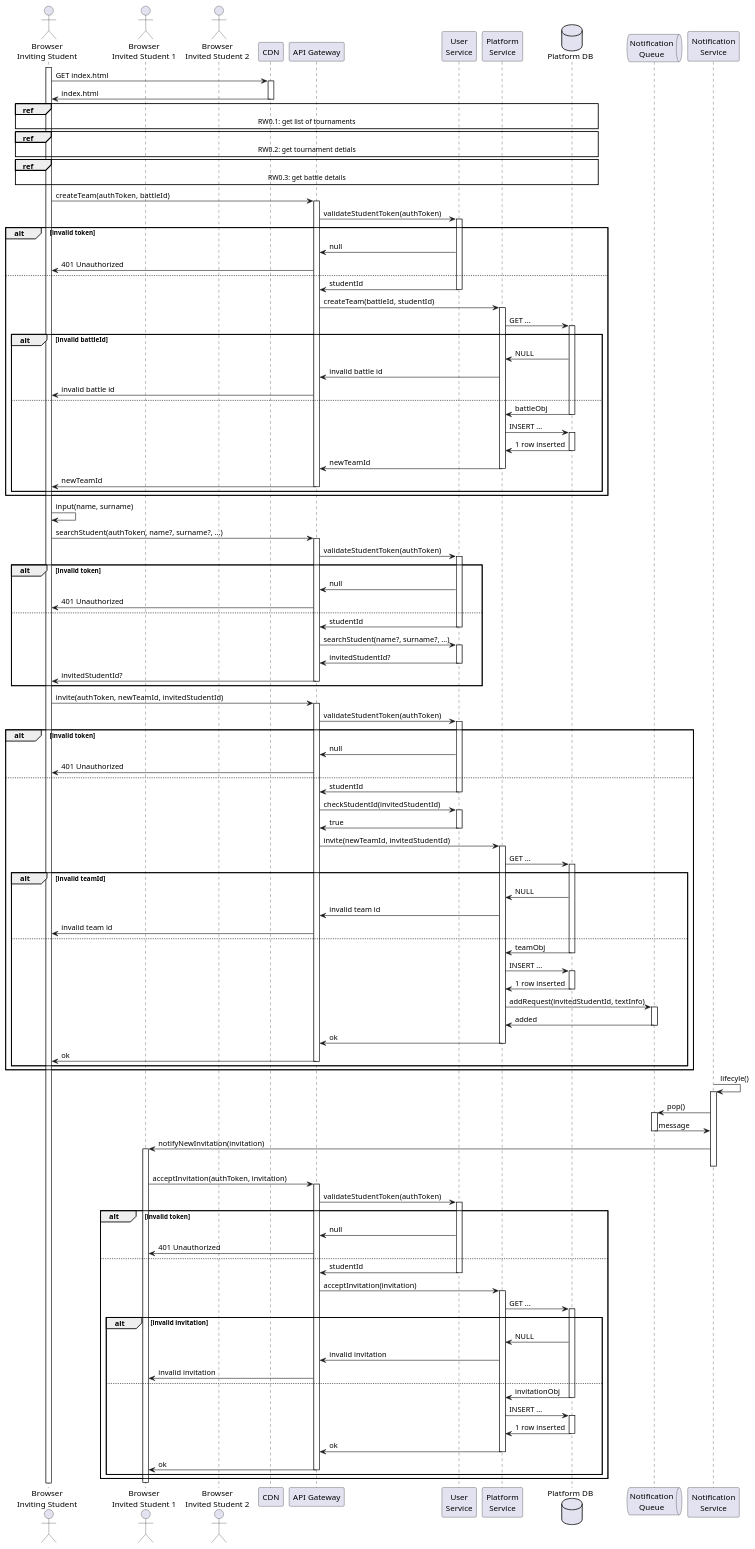
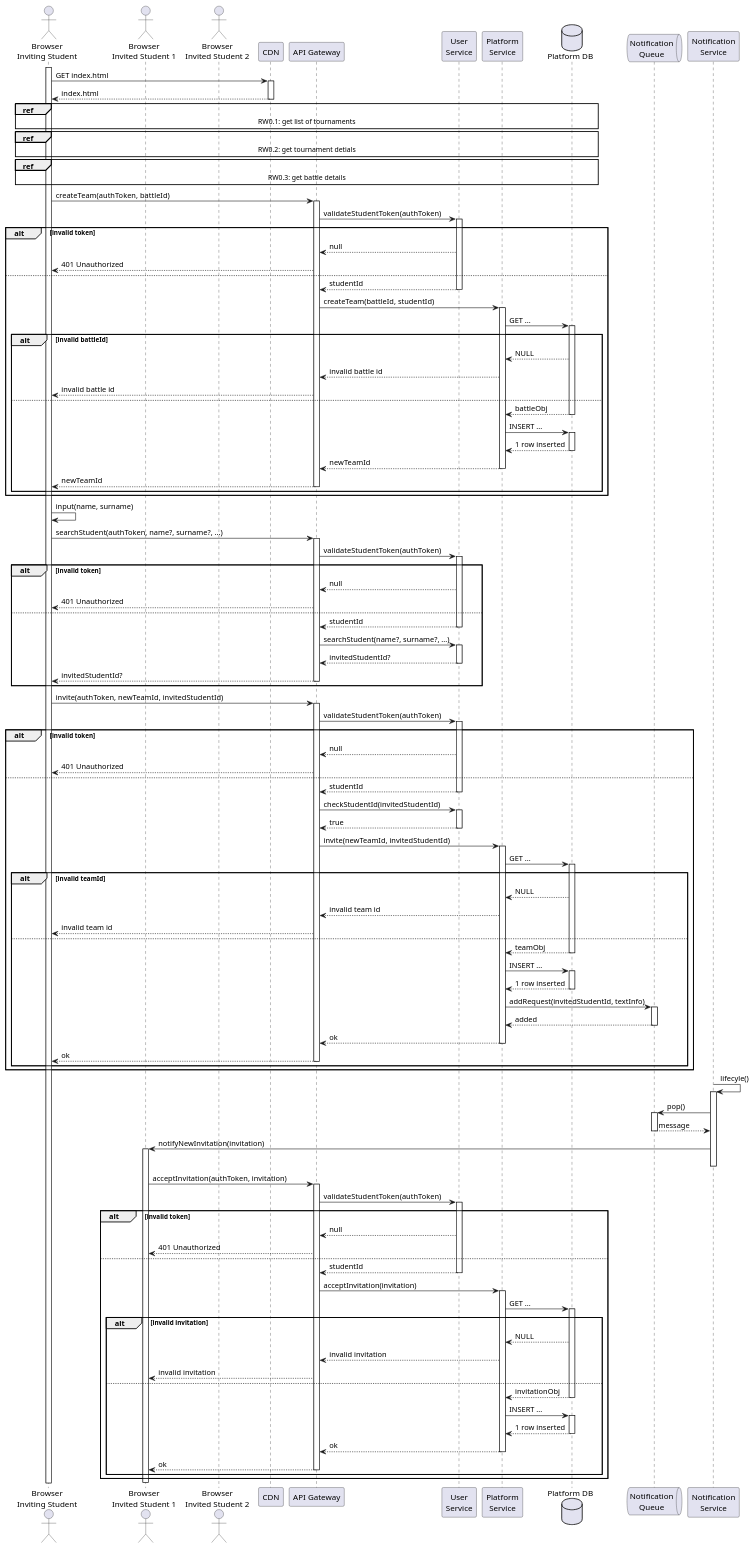
The diagram in dd/puml/rw5-part1.puml (Furrrlo/CodeKataBattle), drawn with PlantUML before and after one commit. The commit also changed 13 other files, not shown here.

Commit message:
Fix response dotted lines in RW seq diagrams

```diff
--- a/dd/puml/rw5-part1.puml
+++ b/dd/puml/rw5-part1.puml
@@ -1,121 +1,121 @@
 @startuml RW4 - Students create a team for a tournament battle
 
 actor "Browser\nInviting Student" as Browser
 actor "Browser\nInvited Student 1" as Browser1
 actor "Browser\nInvited Student 2" as Browser2
 participant CDN
 participant "API Gateway" as gateway
 participant "User\nService" as auth
 
 participant "Platform\nService" as platform
 database "Platform DB" as platformDb
 
 queue  "Notification\nQueue" as notificationQueue
 participant "Notification\nService" as notification
 
 
 activate Browser
 Browser -> CDN ++ : GET index.html
-Browser <- CDN -- : index.html
+Browser <-- CDN -- : index.html
 
 ref over Browser, gateway, auth, platform, platformDb: RW0.1: get list of tournaments
 ref over Browser, gateway, auth, platform, platformDb: RW0.2: get tournament detials
 ref over Browser, gateway, auth, platform, platformDb: RW0.3: get battle details
 
 Browser -> gateway ++ : createTeam(authToken, battleId)
 gateway -> auth ++ : validateStudentToken(authToken)
 alt invalid token
-    gateway <- auth : null
-    Browser <- gateway : 401 Unauthorized
+    gateway <-- auth : null
+    Browser <-- gateway : 401 Unauthorized
 else
-    gateway <- auth -- : studentId
+    gateway <-- auth -- : studentId
     gateway -> platform ++ : createTeam(battleId, studentId)
     platform -> platformDb ++ : GET ...
 
     alt invalid battleId
-        platform <- platformDb : NULL
-        gateway <- platform : invalid battle id
-        Browser <- gateway : invalid battle id
+        platform <-- platformDb : NULL
+        gateway <-- platform : invalid battle id
+        Browser <-- gateway : invalid battle id
     else
-        platform <- platformDb -- : battleObj
+        platform <-- platformDb -- : battleObj
         platform -> platformDb ++ : INSERT ...
-        platform <- platformDb -- : 1 row inserted
-        gateway <- platform -- : newTeamId
-        Browser <- gateway -- : newTeamId
+        platform <-- platformDb -- : 1 row inserted
+        gateway <-- platform -- : newTeamId
+        Browser <-- gateway -- : newTeamId
     end
 end
 
 'INVITE STUDENT 1
 Browser -> Browser : input(name, surname)
 
 Browser -> gateway ++ : searchStudent(authToken, name?, surname?, ...)
 gateway -> auth ++ : validateStudentToken(authToken)
 alt invalid token
-    gateway <- auth : null
-    Browser <- gateway : 401 Unauthorized
+    gateway <-- auth : null
+    Browser <-- gateway : 401 Unauthorized
 else
-    gateway <- auth -- : studentId
+    gateway <-- auth -- : studentId
     gateway -> auth ++ : searchStudent(name?, surname?, ...)
-    gateway <- auth -- : invitedStudentId?
-    Browser <- gateway -- : invitedStudentId?
+    gateway <-- auth -- : invitedStudentId?
+    Browser <-- gateway -- : invitedStudentId?
 end
 
 Browser -> gateway ++ : invite(authToken, newTeamId, invitedStudentId)
 gateway -> auth ++ : validateStudentToken(authToken)
 alt invalid token
-    gateway <- auth : null
-    Browser <- gateway : 401 Unauthorized
+    gateway <-- auth : null
+    Browser <-- gateway : 401 Unauthorized
 else
-    gateway <- auth -- : studentId
+    gateway <-- auth -- : studentId
     gateway -> auth ++ : checkStudentId(invitedStudentId)
-    gateway <- auth -- : true
+    gateway <-- auth -- : true
     gateway -> platform ++ : invite(newTeamId, invitedStudentId)
     platform -> platformDb ++ : GET ...
 
     alt invalid teamId
-        platform <- platformDb : NULL
-        gateway <- platform : invalid team id
-        Browser <- gateway : invalid team id
+        platform <-- platformDb : NULL
+        gateway <-- platform : invalid team id
+        Browser <-- gateway : invalid team id
     else
-        platform <- platformDb -- : teamObj
+        platform <-- platformDb -- : teamObj
         platform -> platformDb ++ : INSERT ...
-        platform <- platformDb -- : 1 row inserted
+        platform <-- platformDb -- : 1 row inserted
         platform -> notificationQueue ++ : addRequest(invitedStudentId, textInfo)
-        platform <- notificationQueue -- : added
-        gateway <- platform -- : ok
-        Browser <- gateway -- : ok
+        platform <-- notificationQueue -- : added
+        gateway <-- platform -- : ok
+        Browser <-- gateway -- : ok
     end
 end
 
 'STUDENT 1 ACCEPTS NOTIFICATION
 notification -> notification ++ : lifecyle()
 notification -> notificationQueue ++ : pop()
-notification <- notificationQueue -- : message
+notification <-- notificationQueue -- : message
 notification -> Browser1 ++ : notifyNewInvitation(invitation)
 deactivate notification
 
 Browser1 -> gateway ++ : acceptInvitation(authToken, invitation)
 gateway -> auth ++ : validateStudentToken(authToken)
 alt invalid token
-    gateway <- auth : null
-    Browser1 <- gateway : 401 Unauthorized
+    gateway <-- auth : null
+    Browser1 <-- gateway : 401 Unauthorized
 else
-    gateway <- auth -- : studentId
+    gateway <-- auth -- : studentId
     gateway -> platform ++ : acceptInvitation(invitation)
     platform -> platformDb ++ : GET ...
 
     alt invalid invitation
-        platform <- platformDb : NULL
-        gateway <- platform : invalid invitation
-        Browser1 <- gateway : invalid invitation
+        platform <-- platformDb : NULL
+        gateway <-- platform : invalid invitation
+        Browser1 <-- gateway : invalid invitation
     else
-        platform <- platformDb -- : invitationObj
+        platform <-- platformDb -- : invitationObj
         platform -> platformDb ++ : INSERT ...
-        platform <- platformDb -- : 1 row inserted
-        gateway <- platform -- : ok
-        Browser1 <- gateway -- : ok
+        platform <-- platformDb -- : 1 row inserted
+        gateway <-- platform -- : ok
+        Browser1 <-- gateway -- : ok
     end
 end
 deactivate Browser1
 
 @enduml
```
